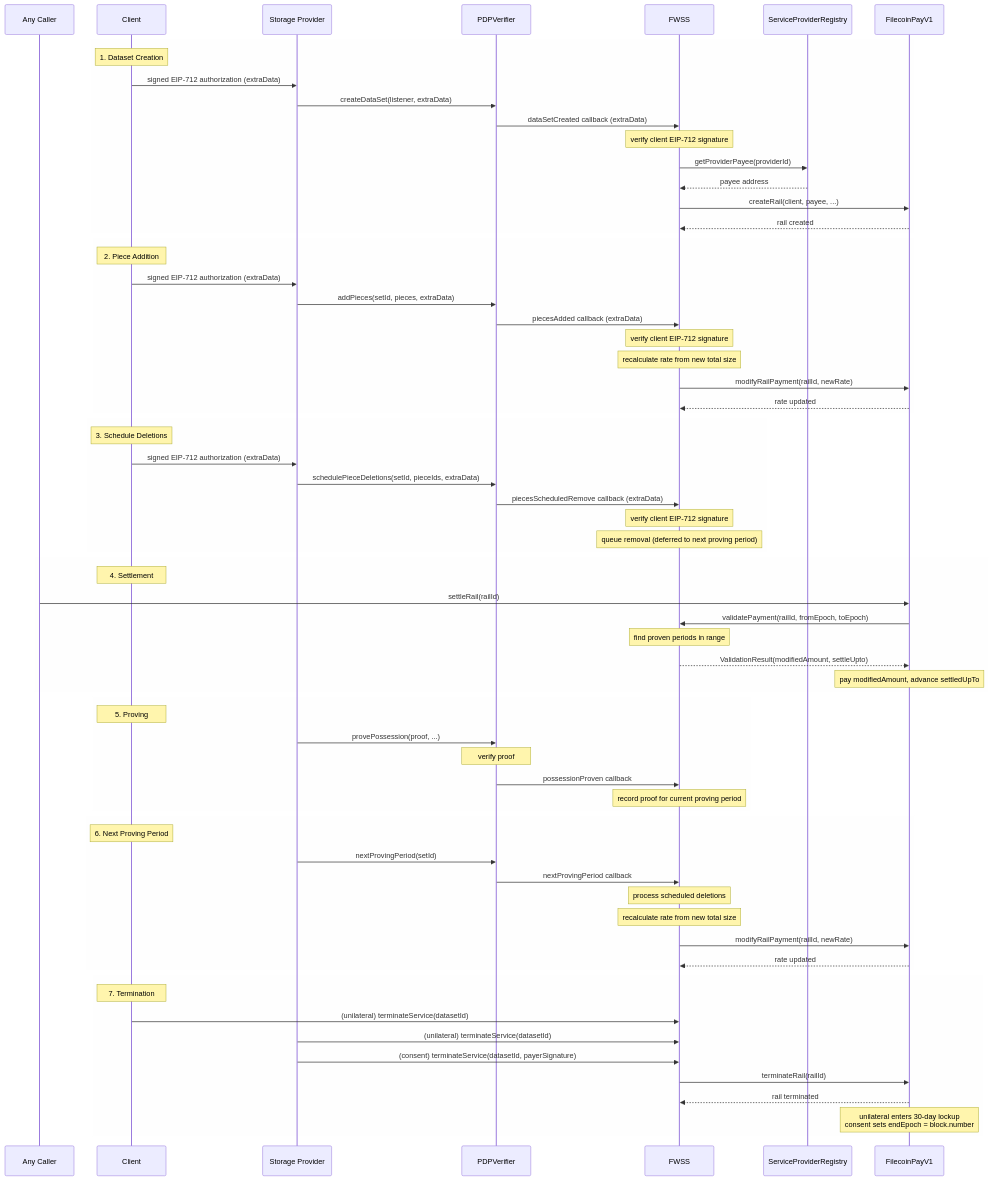
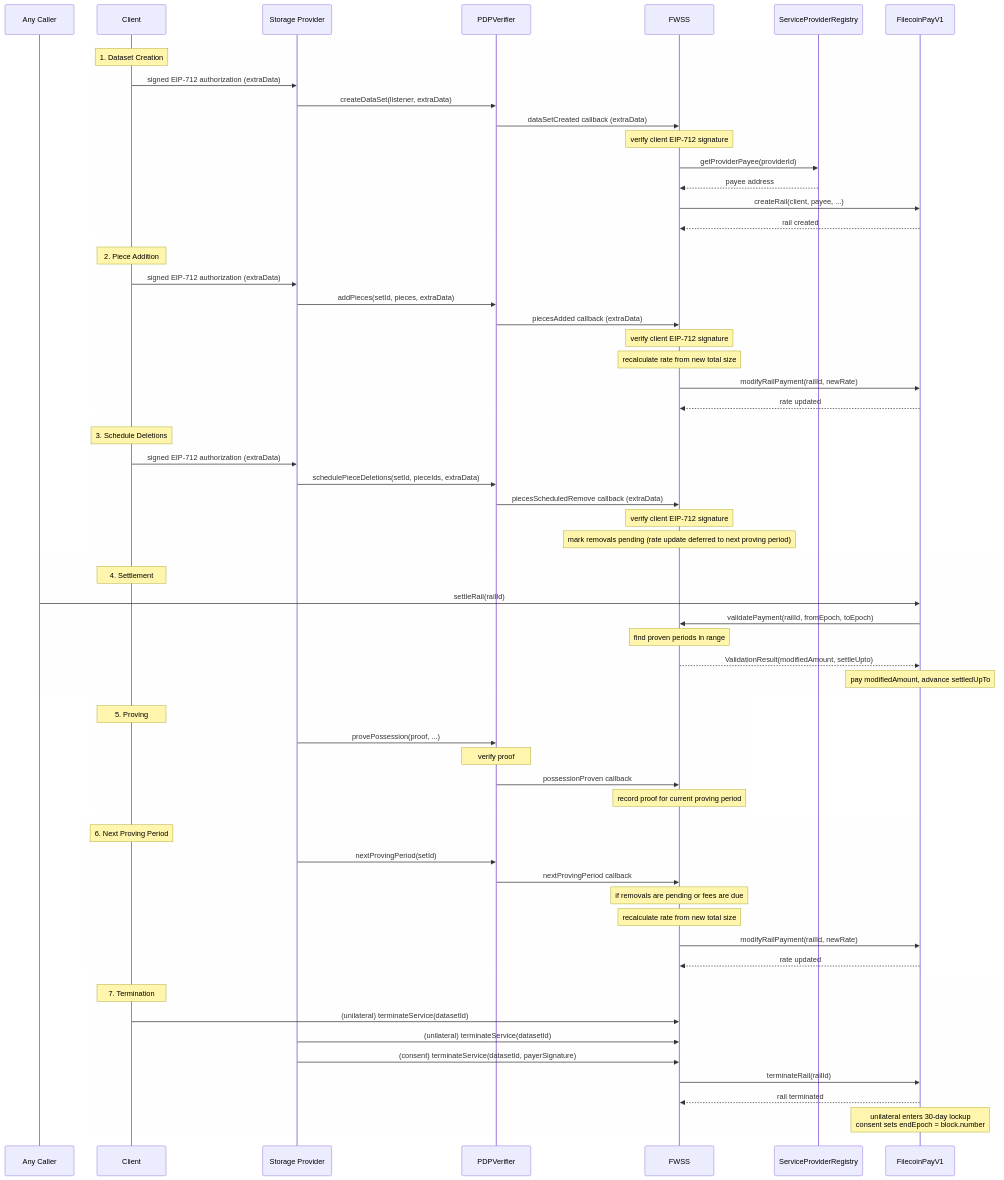
The second of 2 diagrams in SPEC.md (FilOzone/filecoin-services), drawn with Mermaid before and after one commit. The commit also changed other lines of this file and 11 other files, not shown here.

First line of the commit message:
fix(fwss): replace the piece removal queue with a pending flag

````diff
--- a/SPEC.md
+++ b/SPEC.md
@@ -427,79 +428,79 @@
 ```mermaid
 sequenceDiagram
   participant Caller as Any Caller
   participant Client
   participant SP as Storage Provider
   participant PDPVerifier
   participant FWSS
   participant ServiceProviderRegistry
   participant FilecoinPayV1
 
   rect rgba(248, 248, 248, 0.2)
     Note over Client: 1. Dataset Creation
     Client->>SP: signed EIP-712 authorization (extraData)
     SP->>PDPVerifier: createDataSet(listener, extraData)
     PDPVerifier->>FWSS: dataSetCreated callback (extraData)
     Note over FWSS: verify client EIP-712 signature
     FWSS->>ServiceProviderRegistry: getProviderPayee(providerId)
     ServiceProviderRegistry-->>FWSS: payee address
     FWSS->>FilecoinPayV1: createRail(client, payee, ...)
     FilecoinPayV1-->>FWSS: rail created
   end
 
   rect rgba(248, 248, 248, 0.2)
     Note over Client: 2. Piece Addition
     Client->>SP: signed EIP-712 authorization (extraData)
     SP->>PDPVerifier: addPieces(setId, pieces, extraData)
     PDPVerifier->>FWSS: piecesAdded callback (extraData)
     Note over FWSS: verify client EIP-712 signature
     Note over FWSS: recalculate rate from new total size
     FWSS->>FilecoinPayV1: modifyRailPayment(railId, newRate)
     FilecoinPayV1-->>FWSS: rate updated
   end
 
   rect rgba(248, 248, 248, 0.2)
     Note over Client: 3. Schedule Deletions
     Client->>SP: signed EIP-712 authorization (extraData)
     SP->>PDPVerifier: schedulePieceDeletions(setId, pieceIds, extraData)
     PDPVerifier->>FWSS: piecesScheduledRemove callback (extraData)
     Note over FWSS: verify client EIP-712 signature
-    Note over FWSS: queue removal (deferred to next proving period)
+    Note over FWSS: mark removals pending (rate update deferred to next proving period)
   end
 
   rect rgba(248, 248, 248, 0.2)
     Note over Client: 4. Settlement
     Caller->>FilecoinPayV1: settleRail(railId)
     FilecoinPayV1->>FWSS: validatePayment(railId, fromEpoch, toEpoch)
     Note over FWSS: find proven periods in range
     FWSS-->>FilecoinPayV1: ValidationResult(modifiedAmount, settleUpto)
     Note over FilecoinPayV1: pay modifiedAmount, advance settledUpTo
   end
 
   rect rgba(248, 248, 248, 0.2)
     Note over Client: 5. Proving
     SP->>PDPVerifier: provePossession(proof, ...)
     Note over PDPVerifier: verify proof
     PDPVerifier->>FWSS: possessionProven callback
     Note over FWSS: record proof for current proving period
   end
 
   rect rgba(248, 248, 248, 0.2)
     Note over Client: 6. Next Proving Period
     SP->>PDPVerifier: nextProvingPeriod(setId)
     PDPVerifier->>FWSS: nextProvingPeriod callback
-    Note over FWSS: process scheduled deletions
+    Note over FWSS: if removals are pending or fees are due
     Note over FWSS: recalculate rate from new total size
     FWSS->>FilecoinPayV1: modifyRailPayment(railId, newRate)
     FilecoinPayV1-->>FWSS: rate updated
   end
 
   rect rgba(248, 248, 248, 0.2)
     Note over Client: 7. Termination
     Client->>FWSS: (unilateral) terminateService(datasetId)
     SP->>FWSS: (unilateral) terminateService(datasetId)
     SP->>FWSS: (consent) terminateService(datasetId, payerSignature)
     FWSS->>FilecoinPayV1: terminateRail(railId)
     FilecoinPayV1-->>FWSS: rail terminated
     Note over FilecoinPayV1: unilateral enters 30-day lockup<br/>consent sets endEpoch = block.number
   end
 ```
````
